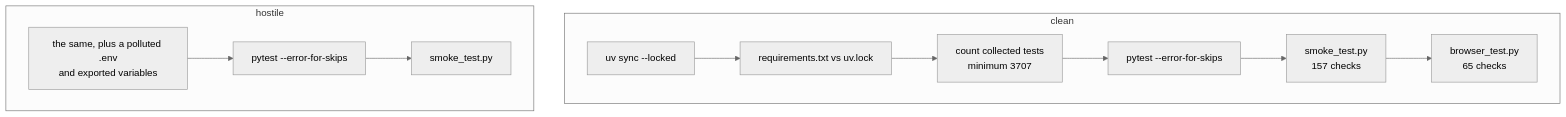
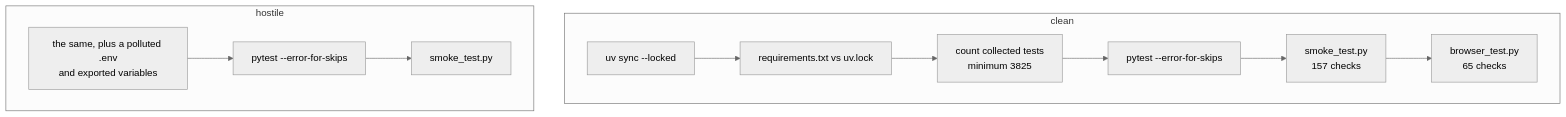
The diagram in docs/testing.md (IAMN1/link-shortener), drawn with Mermaid (neutral theme) before and after one commit. The commit also changed other lines of this file and 36 other files, not shown here.

````diff
--- a/docs/testing.md
+++ b/docs/testing.md
@@ -409,12 +409,12 @@
 ```mermaid
 flowchart TD
     subgraph clean["clean"]
         C1[uv sync --locked] --> C2[requirements.txt vs uv.lock]
-        C2 --> C3[count collected tests<br/>minimum 3707] --> C4[pytest --error-for-skips]
+        C2 --> C3[count collected tests<br/>minimum 3825] --> C4[pytest --error-for-skips]
         C4 --> C5[smoke_test.py<br/>157 checks] --> C6[browser_test.py<br/>65 checks]
     end
     subgraph hostile["hostile"]
         H1[the same, plus a polluted .env<br/>and exported variables] --> H2[pytest --error-for-skips]
         H2 --> H3[smoke_test.py]
     end
 ```
````
